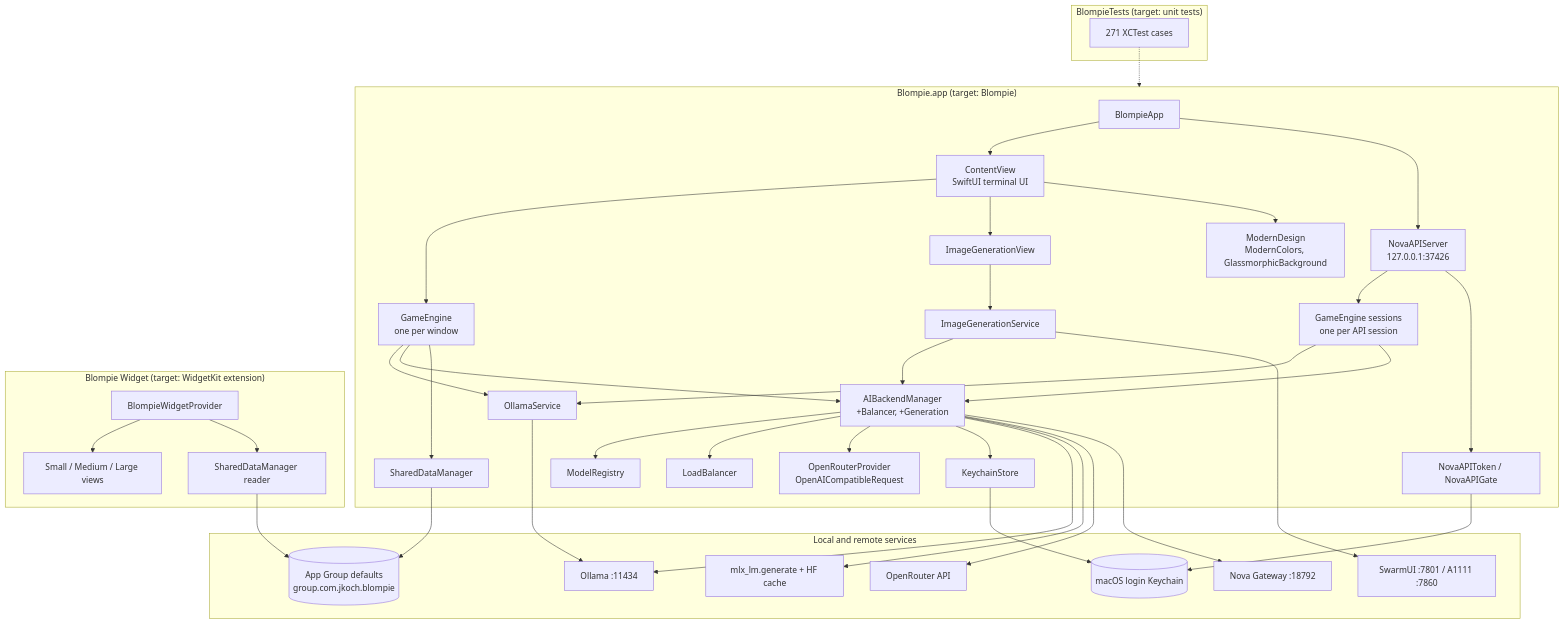
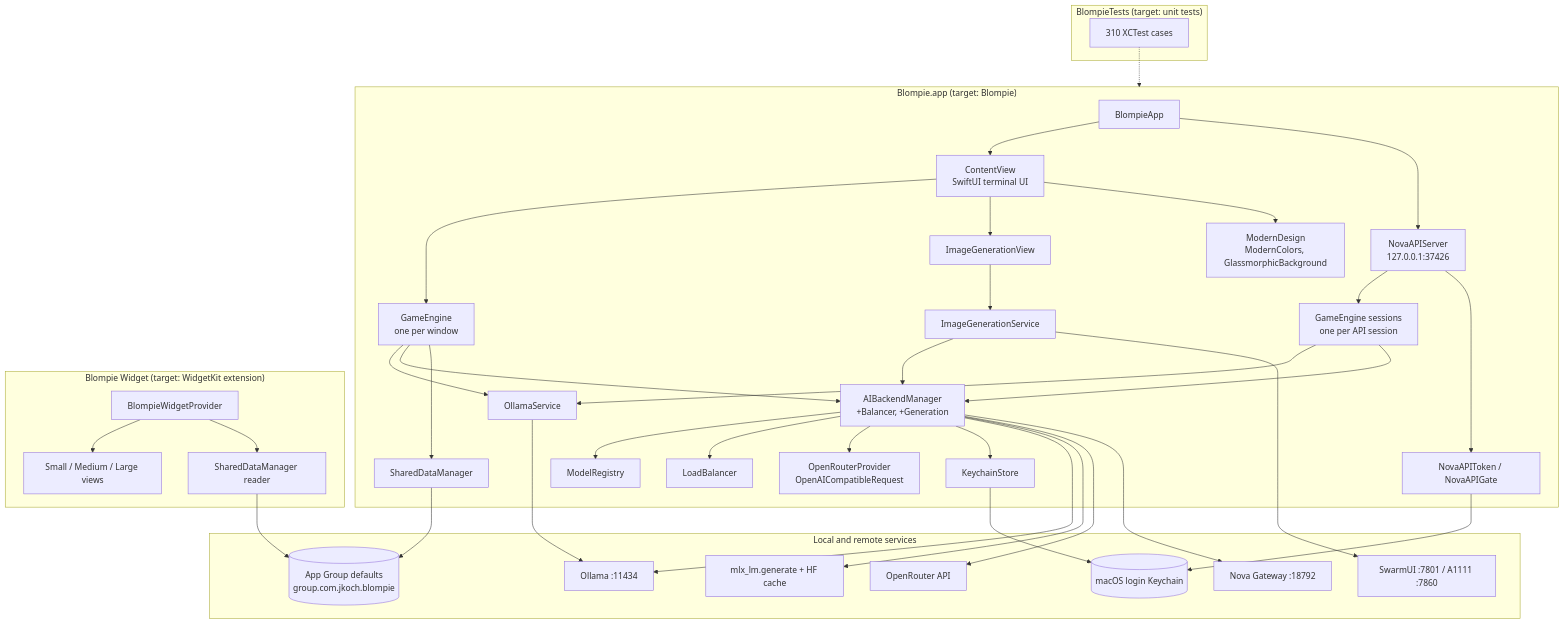
The first of 3 diagrams in README.md (kochj23/Blompie), drawn with Mermaid before and after one commit. The commit also changed other lines of this file and 11 other files, not shown here.

````diff
--- a/README.md
+++ b/README.md
@@ -115,54 +132,54 @@
 ```mermaid
 graph TD
     subgraph App["Blompie.app (target: Blompie)"]
         BA[BlompieApp] --> CV[ContentView<br/>SwiftUI terminal UI]
         BA --> NAS[NovaAPIServer<br/>127.0.0.1:37426]
         CV --> GE[GameEngine<br/>one per window]
         NAS --> GES[GameEngine sessions<br/>one per API session]
         CV --> IGV[ImageGenerationView]
         IGV --> IGS[ImageGenerationService]
         CV --> MD[ModernDesign<br/>ModernColors, GlassmorphicBackground]
         GE --> OS[OllamaService]
         GE --> ABM[AIBackendManager<br/>+Balancer, +Generation]
         GES --> OS
         GES --> ABM
         ABM --> MR[ModelRegistry]
         ABM --> LB[LoadBalancer]
         ABM --> ORP[OpenRouterProvider<br/>OpenAICompatibleRequest]
         ABM --> KS[KeychainStore]
         NAS --> TOK[NovaAPIToken / NovaAPIGate]
         GE --> SDM[SharedDataManager]
         IGS --> ABM
     end
 
     subgraph Widget["Blompie Widget (target: WidgetKit extension)"]
         WP[BlompieWidgetProvider] --> WV[Small / Medium / Large views]
         WP --> WSDM[SharedDataManager reader]
     end
 
     subgraph External["Local and remote services"]
         OL[Ollama :11434]
         MLX[mlx_lm.generate + HF cache]
         OR[OpenRouter API]
         NG[Nova Gateway :18792]
         IMG[SwarmUI :7801 / A1111 :7860]
         KC[(macOS login Keychain)]
         AG[(App Group defaults<br/>group.com.jkoch.blompie)]
     end
 
     OS --> OL
     ABM --> OL
     ABM --> MLX
     ABM --> OR
     ABM --> NG
     IGS --> IMG
     KS --> KC
     TOK --> KC
     SDM --> AG
     WSDM --> AG
 
     subgraph Tests["BlompieTests (target: unit tests)"]
-        T[271 XCTest cases]
+        T[310 XCTest cases]
     end
     T -.-> App
 ```
````
